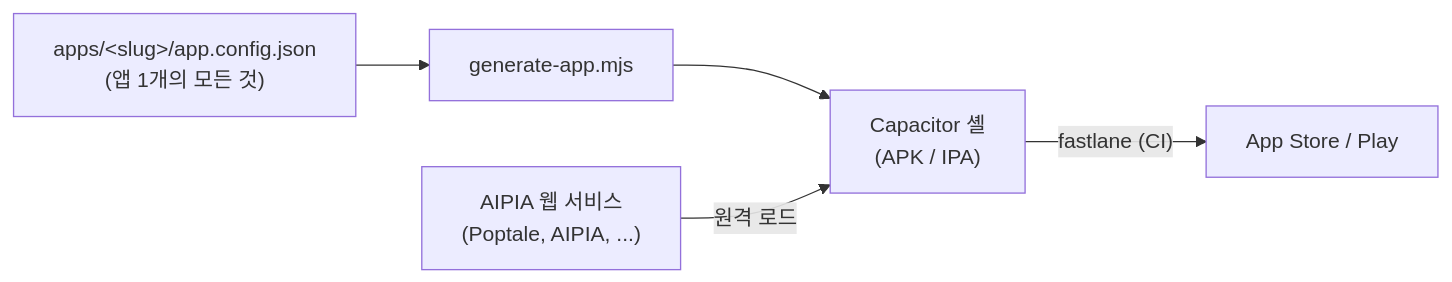
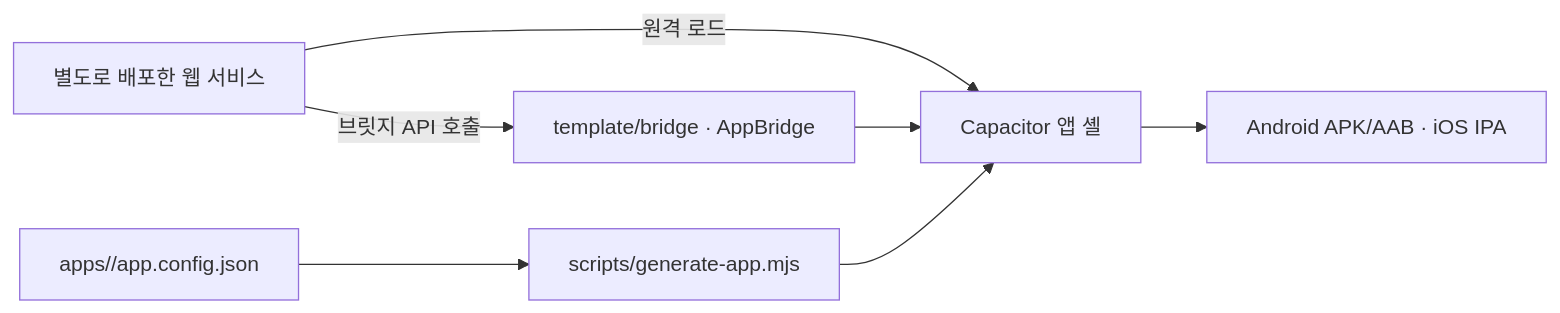
One commit to ha3158987/app-harness-hpark changed the diagram in README.md. Above: the diagram before and after it, drawn with Mermaid. The commit also changed other lines of this file and 8 other files, not shown here.

````diff
--- a/README.md
+++ b/README.md
@@ -10,12 +9,8 @@
 ```mermaid
 flowchart LR
-  W["AIPIA 웹 서비스<br/>(Poptale, AIPIA, ...)"]
-  CFG["apps/&lt;slug&gt;/app.config.json<br/>(앱 1개의 모든 것)"]
-  GEN["generate-app.mjs"]
-  APP["Capacitor 셸<br/>(APK / IPA)"]
-  STORE["App Store / Play"]
-
-  CFG --> GEN --> APP
-  W -- "원격 로드" --> APP
-  APP -- "fastlane (CI)" --> STORE
+  W["별도로 배포한 웹 서비스"] -->|원격 로드| A["Capacitor 앱 셸"]
+  C["apps/<slug>/app.config.json"] --> G["scripts/generate-app.mjs"] --> A
+  B["template/bridge · AppBridge"] --> A
+  W -->|브릿지 API 호출| B
+  A --> O["Android APK/AAB · iOS IPA"]
 ```
````
